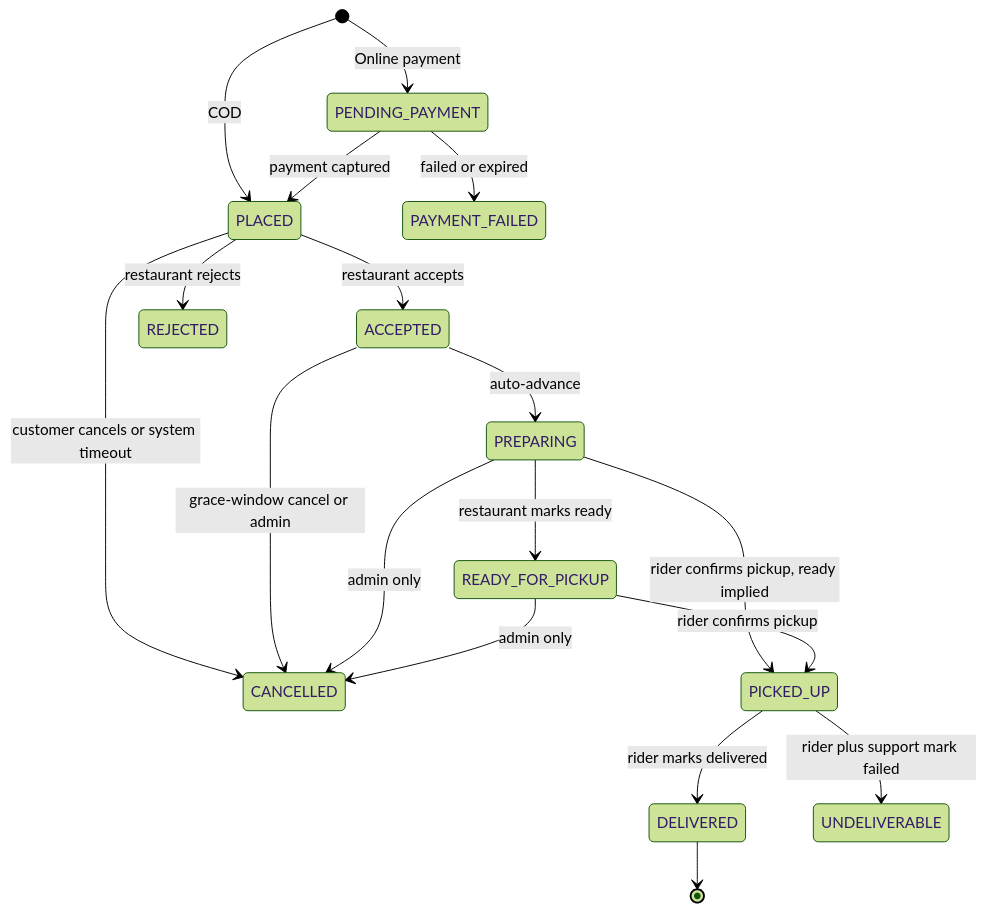
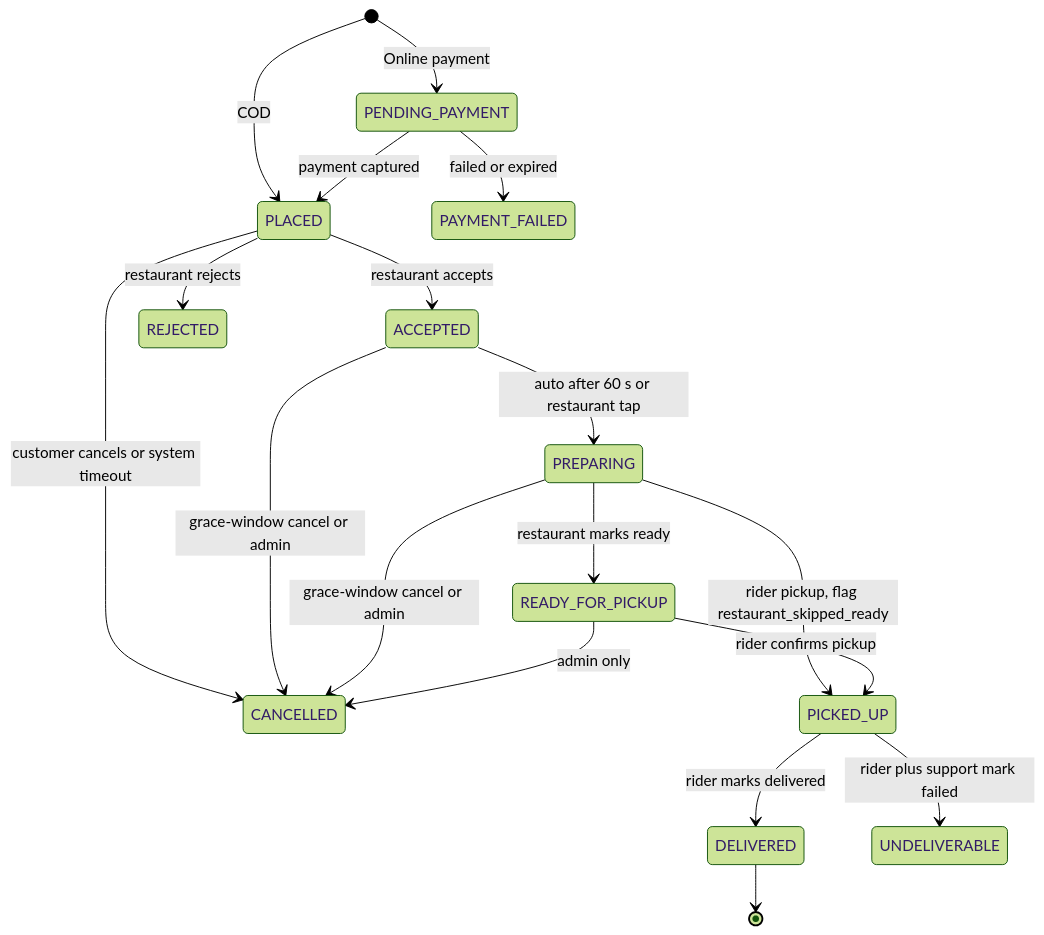
The third of 4 diagrams in docs/planning/04-customer-journey.md (storetmobiles2-code/rovo), drawn with Mermaid (forest theme) before and after one commit. The commit also changed other lines of this file and 12 other files, not shown here.

````diff
--- a/docs/planning/04-customer-journey.md
+++ b/docs/planning/04-customer-journey.md
@@ -417,20 +427,20 @@
 ```mermaid
 stateDiagram-v2
     [*] --> PENDING_PAYMENT: Online payment
     [*] --> PLACED: COD
     PENDING_PAYMENT --> PLACED: payment captured
     PENDING_PAYMENT --> PAYMENT_FAILED: failed or expired
     PLACED --> ACCEPTED: restaurant accepts
     PLACED --> REJECTED: restaurant rejects
     PLACED --> CANCELLED: customer cancels or system timeout
-    ACCEPTED --> PREPARING: auto-advance
+    ACCEPTED --> PREPARING: auto after 60 s or restaurant tap
     ACCEPTED --> CANCELLED: grace-window cancel or admin
     PREPARING --> READY_FOR_PICKUP: restaurant marks ready
-    PREPARING --> PICKED_UP: rider confirms pickup, ready implied
+    PREPARING --> PICKED_UP: rider pickup, flag restaurant_skipped_ready
     READY_FOR_PICKUP --> PICKED_UP: rider confirms pickup
-    PREPARING --> CANCELLED: admin only
+    PREPARING --> CANCELLED: grace-window cancel or admin
     READY_FOR_PICKUP --> CANCELLED: admin only
     PICKED_UP --> DELIVERED: rider marks delivered
     PICKED_UP --> UNDELIVERABLE: rider plus support mark failed
     DELIVERED --> [*]
 ```
````
